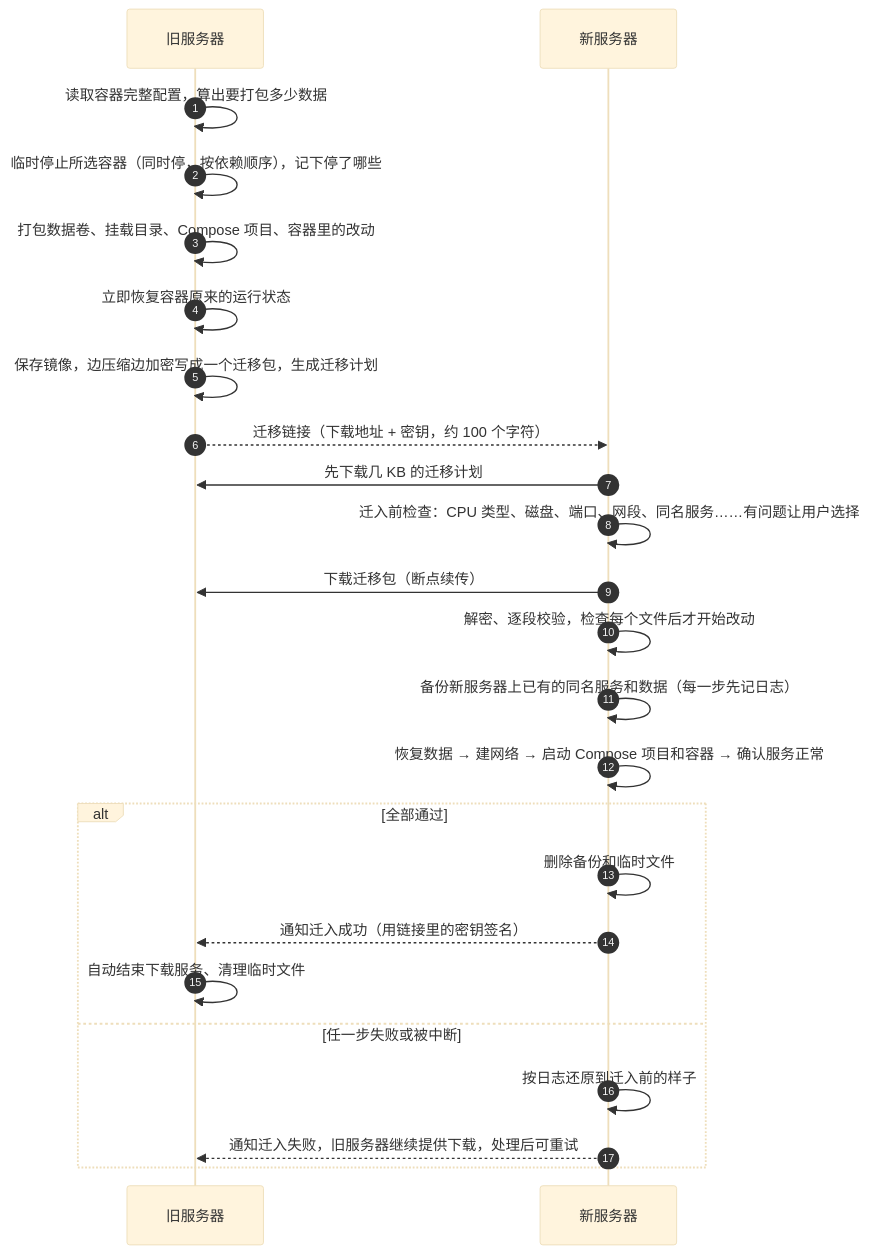
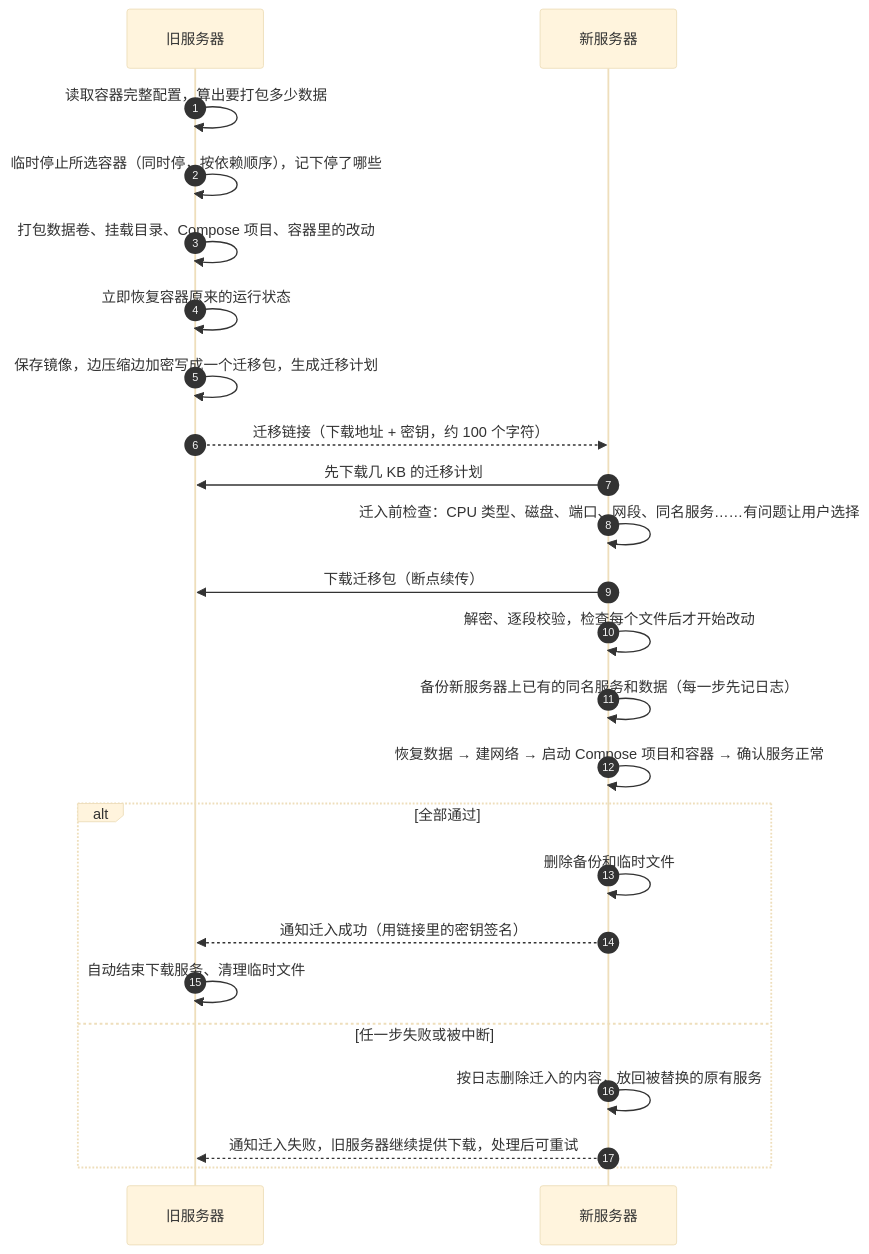
Before and after one commit to lx969788249/dockhop: the diagram in README.md, drawn with Mermaid (base theme). The commit also changed other lines of this file and 17 other files, not shown here.

````diff
--- a/README.md
+++ b/README.md
@@ -129,26 +130,26 @@
 ```mermaid
 sequenceDiagram
     autonumber
     participant A as 旧服务器
     participant B as 新服务器
     A->>A: 读取容器完整配置，算出要打包多少数据
     A->>A: 临时停止所选容器（同时停，按依赖顺序），记下停了哪些
     A->>A: 打包数据卷、挂载目录、Compose 项目、容器里的改动
     A->>A: 立即恢复容器原来的运行状态
     A->>A: 保存镜像，边压缩边加密写成一个迁移包，生成迁移计划
     A-->>B: 迁移链接（下载地址 + 密钥，约 100 个字符）
     B->>A: 先下载几 KB 的迁移计划
     B->>B: 迁入前检查：CPU 类型、磁盘、端口、网段、同名服务……有问题让用户选择
     B->>A: 下载迁移包（断点续传）
     B->>B: 解密、逐段校验，检查每个文件后才开始改动
     B->>B: 备份新服务器上已有的同名服务和数据（每一步先记日志）
     B->>B: 恢复数据 → 建网络 → 启动 Compose 项目和容器 → 确认服务正常
     alt 全部通过
         B->>B: 删除备份和临时文件
         B-->>A: 通知迁入成功（用链接里的密钥签名）
         A->>A: 自动结束下载服务、清理临时文件
     else 任一步失败或被中断
-        B->>B: 按日志还原到迁入前的样子
+        B->>B: 按日志删除迁入的内容，放回被替换的原有服务
         B-->>A: 通知迁入失败，旧服务器继续提供下载，处理后可重试
     end
 ```
````
